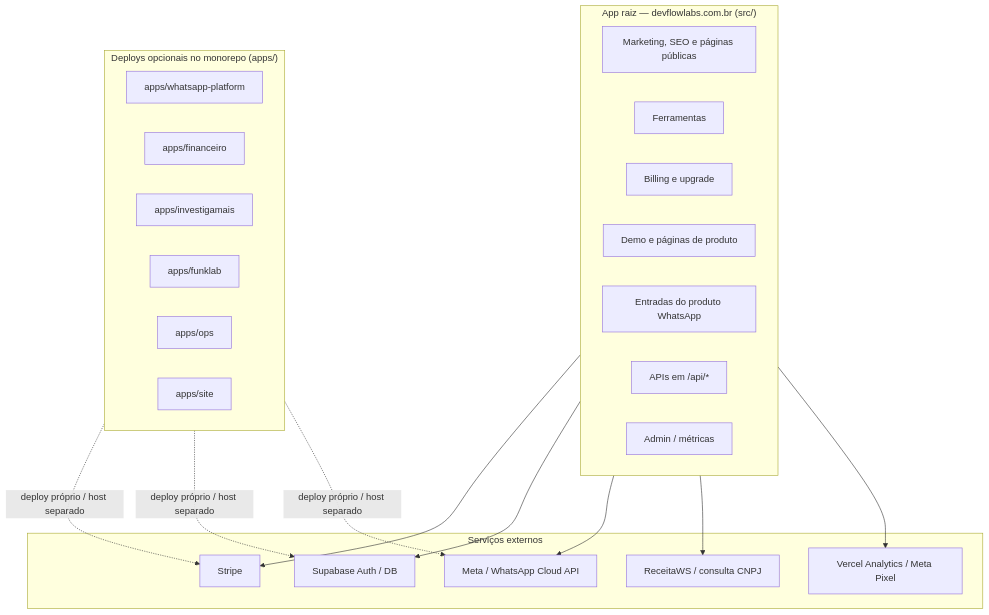
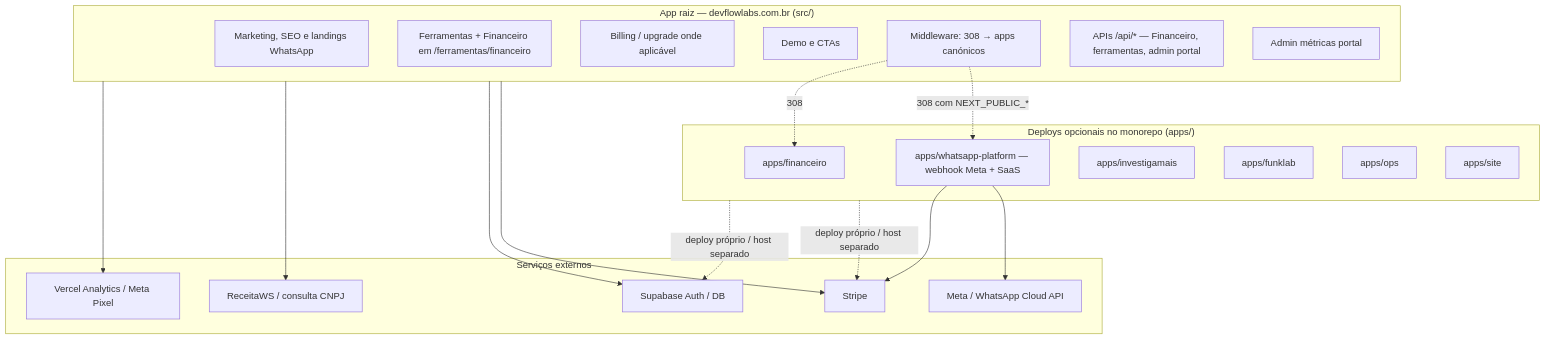
The first of 2 diagrams in docs/ecossistema/TOPOLOGIA-DEVFLOW.md (devflow-modules/devflow), drawn with Mermaid before and after one commit. The commit also changed other lines of this file and 14 other files, not shown here.

First line of the commit message:
docs: alinhar ecossistema e ARCHITECTURE ao cutover WhatsApp

````diff
--- a/docs/ecossistema/TOPOLOGIA-DEVFLOW.md
+++ b/docs/ecossistema/TOPOLOGIA-DEVFLOW.md
@@ -12,39 +12,41 @@
 ```mermaid
 flowchart TB
   subgraph ROOT["App raiz — devflowlabs.com.br (src/)"]
-    PUB[Marketing, SEO e páginas públicas]
-    TOOLS[Ferramentas]
-    BILL[Billing e upgrade]
-    DEMO[Demo e páginas de produto]
-    WA_ROOT[Entradas do produto WhatsApp]
-    API["APIs em /api/*"]
-    ADMIN[Admin / métricas]
+    PUB[Marketing, SEO e landings WhatsApp]
+    TOOLS[Ferramentas + Financeiro em /ferramentas/financeiro]
+    BILL[Billing / upgrade onde aplicável]
+    DEMO[Demo e CTAs]
+    MW["Middleware: 308 → apps canónicos"]
+    API["APIs /api/* — Financeiro, ferramentas, admin portal"]
+    ADMIN[Admin métricas portal]
   end
 
   subgraph APPS["Deploys opcionais no monorepo (apps/)"]
-    WA_APP["apps/whatsapp-platform"]
+    WA_APP["apps/whatsapp-platform — webhook Meta + SaaS"]
     FIN_APP["apps/financeiro"]
     INV_APP["apps/investigamais"]
     FUNK_APP["apps/funklab"]
     OPS_APP["apps/ops"]
     SITE_APP["apps/site"]
   end
 
   subgraph EXT["Serviços externos"]
     STRIPE[Stripe]
     SUPABASE[Supabase Auth / DB]
     META[Meta / WhatsApp Cloud API]
     RECEITA[ReceitaWS / consulta CNPJ]
     ANALYTICS[Vercel Analytics / Meta Pixel]
   end
 
   ROOT --> STRIPE
   ROOT --> SUPABASE
-  ROOT --> META
   ROOT --> RECEITA
   ROOT --> ANALYTICS
+  MW -. 308 com NEXT_PUBLIC_* .-> WA_APP
+  MW -. 308 .-> FIN_APP
+  WA_APP --> META
+  WA_APP --> STRIPE
 
   APPS -. deploy próprio / host separado .-> STRIPE
   APPS -. deploy próprio / host separado .-> SUPABASE
-  APPS -. deploy próprio / host separado .-> META
 ```
````
